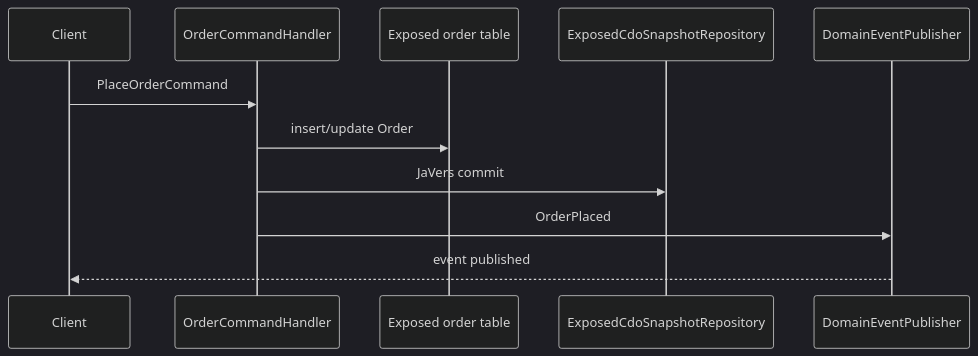
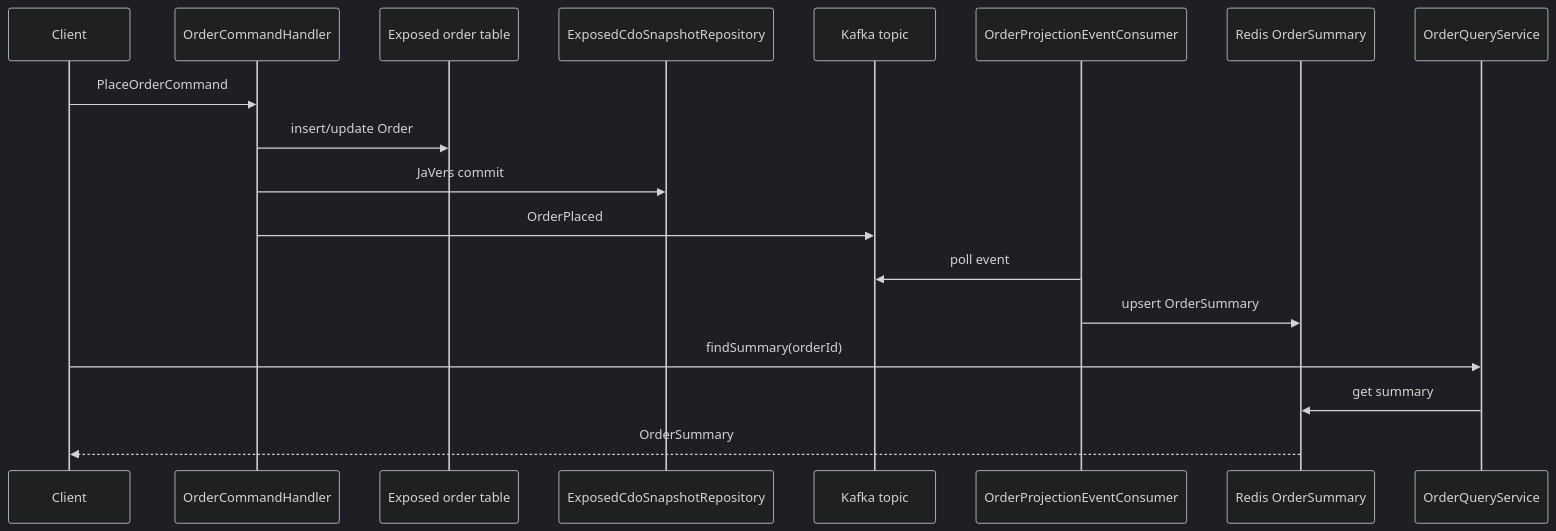
One commit to bluetape4k/bluetape4k-javers changed the first of 2 diagrams in examples/javers-exposed-ddd/README.md. Above: the diagram before and after it, drawn with Mermaid (dark theme). The commit also changed other lines of this file and 11 other files, not shown here.

First line of the commit message:
feat: add Kafka Redis order projection

````diff
--- a/examples/javers-exposed-ddd/README.md
+++ b/examples/javers-exposed-ddd/README.md
@@ -10,14 +10,21 @@
 ```mermaid
 sequenceDiagram
     participant Client
     participant Handler as OrderCommandHandler
     participant Store as Exposed order table
     participant Audit as ExposedCdoSnapshotRepository
-    participant Publisher as DomainEventPublisher
+    participant Kafka as Kafka topic
+    participant Consumer as OrderProjectionEventConsumer
+    participant Redis as Redis OrderSummary
+    participant Query as OrderQueryService
 
     Client->>Handler: PlaceOrderCommand
     Handler->>Store: insert/update Order
     Handler->>Audit: JaVers commit
-    Handler->>Publisher: OrderPlaced
-    Publisher-->>Client: event published
+    Handler->>Kafka: OrderPlaced
+    Consumer->>Kafka: poll event
+    Consumer->>Redis: upsert OrderSummary
+    Client->>Query: findSummary(orderId)
+    Query->>Redis: get summary
+    Redis-->>Client: OrderSummary
 ```
````
